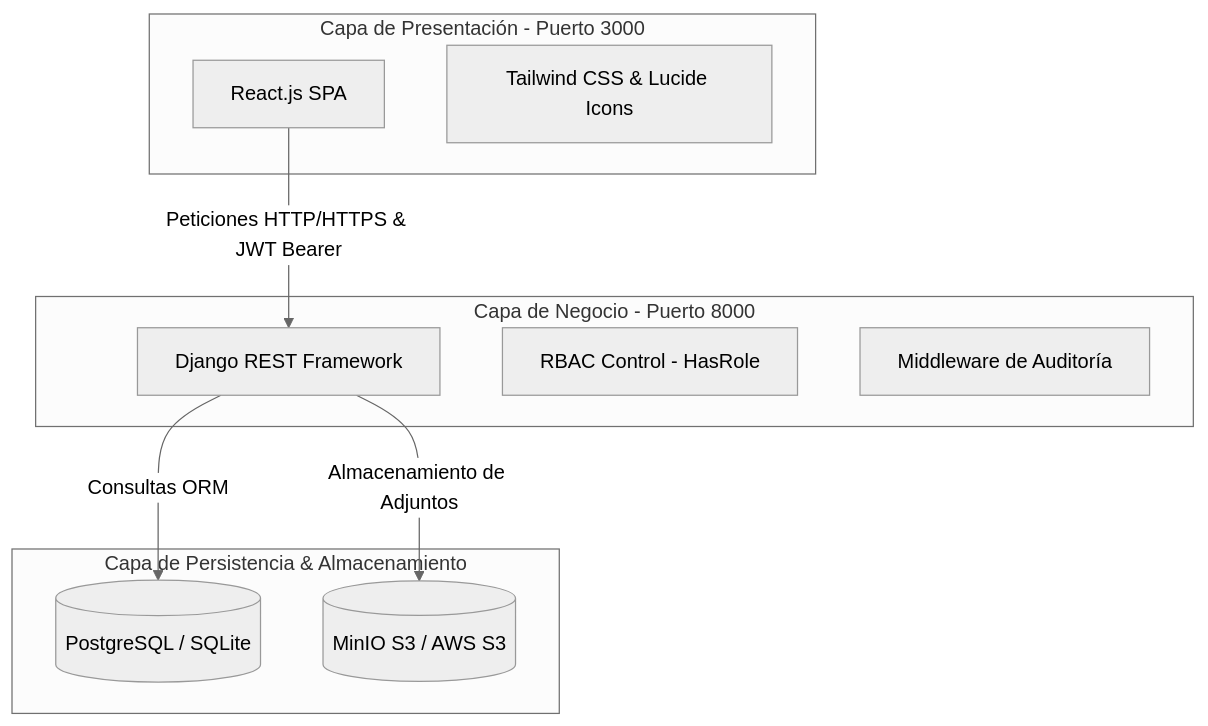
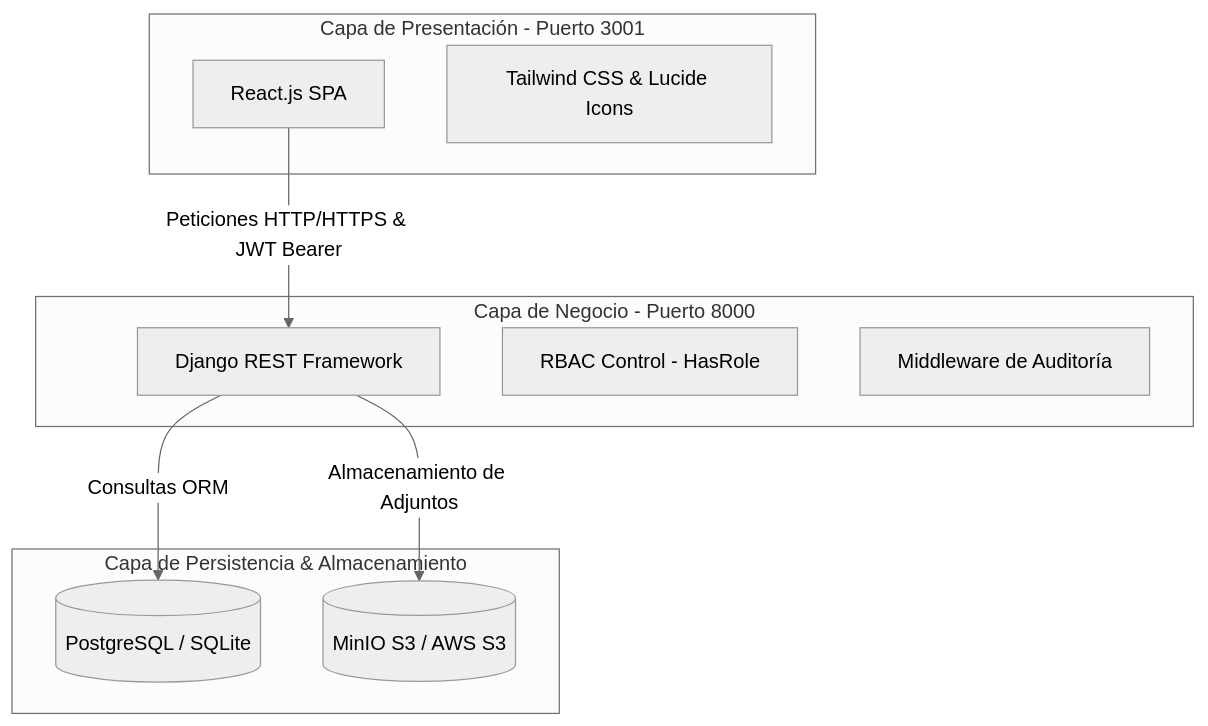
Before and after one commit to HchePy/Sistema-Integral-para-la-Gesti-n-y-Control-de-la-Guardia-Obrera-y-Estudiantil: the diagram in README.md, drawn with Mermaid (neutral theme). The commit also changed other lines of this file and 4 other files, not shown here.

````diff
--- a/README.md
+++ b/README.md
@@ -13,22 +13,22 @@
 ```mermaid
 graph TD
-    subgraph Cliente [Capa de Presentación - Puerto 3000]
+    subgraph Cliente [Capa de Presentación - Puerto 3001]
         React[React.js SPA]
         Tailwind[Tailwind CSS & Lucide Icons]
     end
 
     subgraph Servidor [Capa de Negocio - Puerto 8000]
         Django[Django REST Framework]
         RBAC[RBAC Control - HasRole]
         Audit[Middleware de Auditoría]
     end
 
     subgraph Datos [Capa de Persistencia & Almacenamiento]
         DB[(PostgreSQL / SQLite)]
         S3[(MinIO S3 / AWS S3)]
     end
 
     React -->|Peticiones HTTP/HTTPS & JWT Bearer| Django
     Django -->|Consultas ORM| DB
     Django -->|Almacenamiento de Adjuntos| S3
 ```
````
